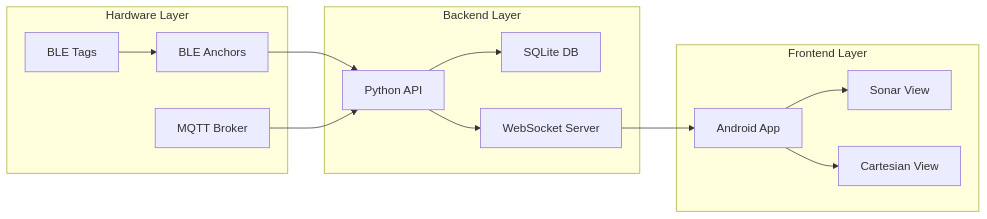
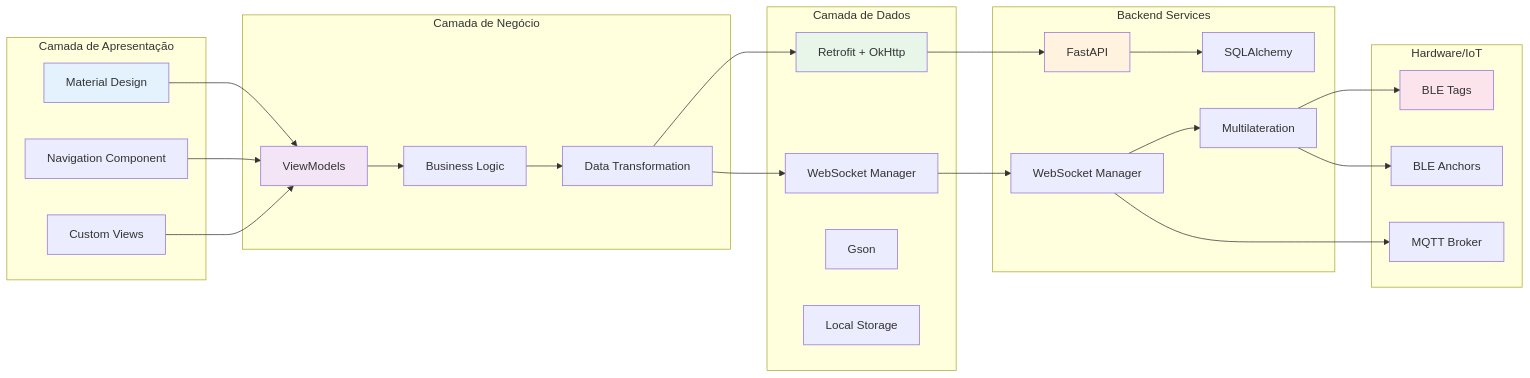
The third of 7 diagrams in mobile/next-android/README.md (carmipa/NEXT-2025), drawn with Mermaid before and after one commit. The commit also changed other lines of this file and 16 other files, not shown here.

````diff
--- a/mobile/next-android/README.md
+++ b/mobile/next-android/README.md
@@ -684,29 +259,55 @@
 ```mermaid
 graph LR
-    subgraph "Hardware Layer"
-        A[BLE Tags]
-        B[BLE Anchors]
-        C[MQTT Broker]
+    subgraph "Camada de Apresentação"
+        A1[Material Design]
+        A2[Navigation Component]
+        A3[Custom Views]
     end
     
-    subgraph "Backend Layer"
-        D[Python API]
-        E[SQLite DB]
-        F[WebSocket Server]
+    subgraph "Camada de Negócio"
+        B1[ViewModels]
+        B2[Business Logic]
+        B3[Data Transformation]
     end
     
-    subgraph "Frontend Layer"
-        G[Android App]
-        H[Sonar View]
-        I[Cartesian View]
+    subgraph "Camada de Dados"
+        C1[Retrofit + OkHttp]
+        C2[WebSocket Manager]
+        C3[Gson]
+        C4[Local Storage]
     end
     
-    A --> B
-    B --> D
-    C --> D
-    D --> E
-    D --> F
-    F --> G
-    G --> H
-    G --> I
+    subgraph "Backend Services"
+        D1[FastAPI]
+        D2[WebSocket Manager]
+        D3[SQLAlchemy]
+        D4[Multilateration]
+    end
+    
+    subgraph "Hardware/IoT"
+        E1[BLE Tags]
+        E2[BLE Anchors]
+        E3[MQTT Broker]
+    end
+    
+    A1 --> B1
+    A2 --> B1
+    A3 --> B1
+    B1 --> B2
+    B2 --> B3
+    B3 --> C1
+    B3 --> C2
+    C1 --> D1
+    C2 --> D2
+    D1 --> D3
+    D2 --> D4
+    D4 --> E1
+    D4 --> E2
+    D2 --> E3
+    
+    style A1 fill:#e3f2fd
+    style B1 fill:#f3e5f5
+    style C1 fill:#e8f5e9
+    style D1 fill:#fff3e0
+    style E1 fill:#fce4ec
 ```
````
